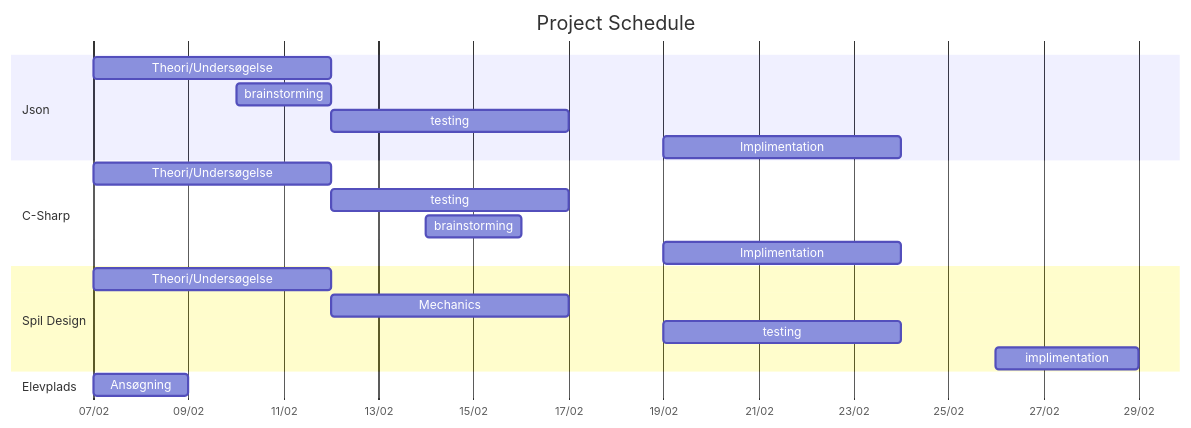
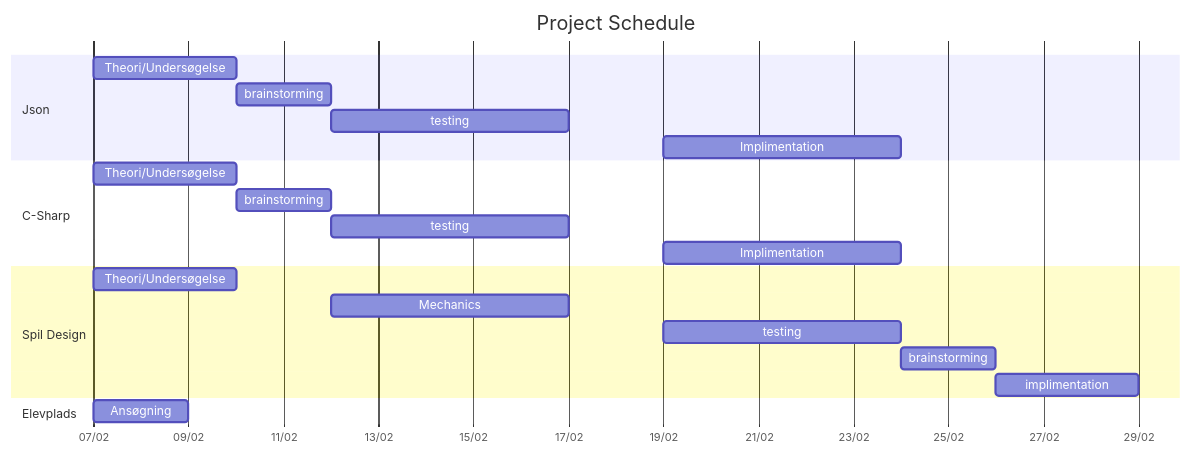
One commit to Napow-git/TEC-P1 changed the diagram in README.md. Above: the diagram before and after it, drawn with Mermaid.

````diff
--- a/README.md
+++ b/README.md
@@ -3,50 +3,52 @@
 ```mermaid
 
 gantt
 
     title Project Schedule
 
     dateFormat DD-MM-YYYY
 
     axisFormat %d/%m
 
 
 
     section Json
 
-    Theori/Undersøgelse: 07-02-2024, 5d
+    Theori/Undersøgelse: 07-02-2024, 3d
 
     brainstorming: 10-02-2024, 2d
 
     testing: 12-02-2024, 5d
 
     Implimentation: 19-02-2024, 5d
 
     
 
     section C-Sharp
 
-    Theori/Undersøgelse: 07-02-2024, 5d
+    Theori/Undersøgelse: 07-02-2024, 3d
+
+    brainstorming: 10-02-2024, 2d
 
     testing: 12-02-2024, 5d
-
-    brainstorming: 14-02-2024, 2d
 
     Implimentation: 19-02-2024, 5d
 
 
     section Spil Design
 
-    Theori/Undersøgelse: 07-02-2024, 5d
+    Theori/Undersøgelse: 07-02-2024, 3d
 
     Mechanics: 12-02-2024, 5d
 
     testing: 19-02-2024, 5d
+
+    brainstorming: 24-02-2024, 2d
 
     implimentation: 26-02-2024, 3d
 
     section Elevplads
 
     Ansøgning : 07-02-2024, 2d
 
 ```
````
